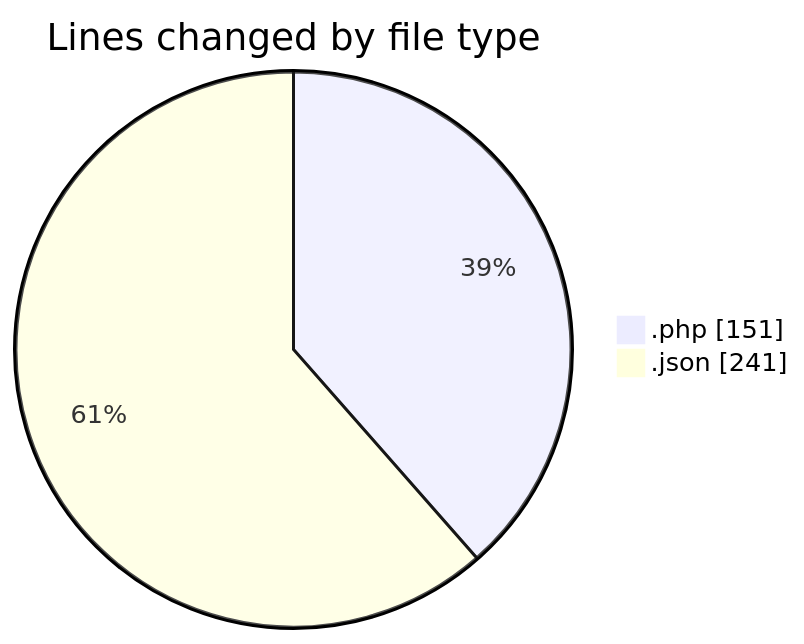
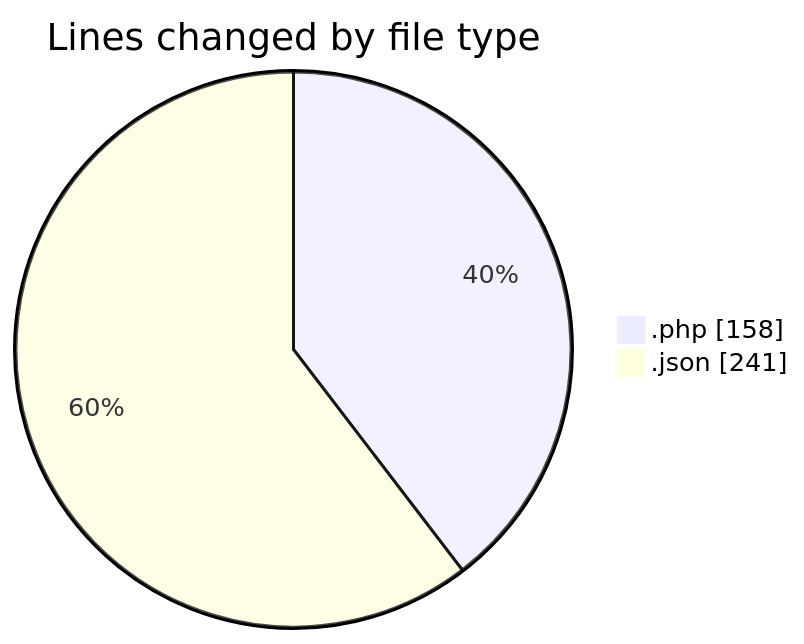
Before and after one commit to idhammustaqopulfikri/code-tracking: the first of 2 diagrams in 2025-03-29/autodidak/README.md, drawn with Mermaid. The commit also changed other lines of this file and 1 other file, not shown here.

````diff
--- a/2025-03-29/autodidak/README.md
+++ b/2025-03-29/autodidak/README.md
@@ -25,6 +25,6 @@
 ```mermaid
 pie showData
 title Lines changed by file type
-".php" : 151
+".php" : 158
 ".json" : 241
 ```
````
